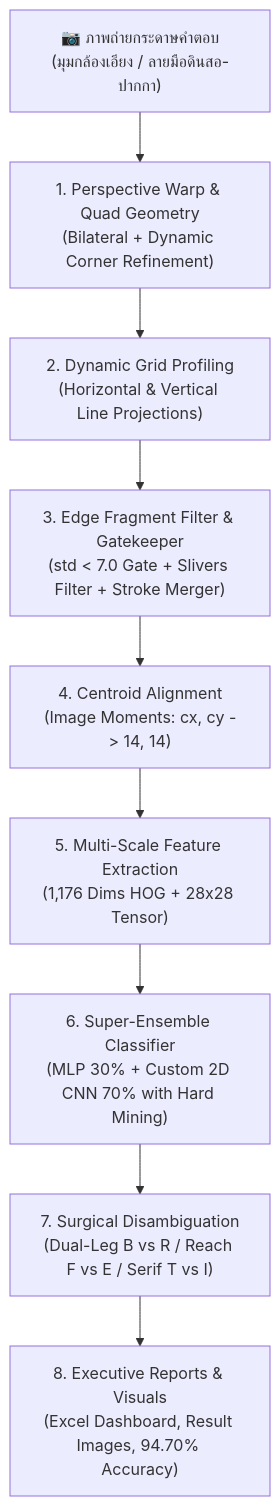
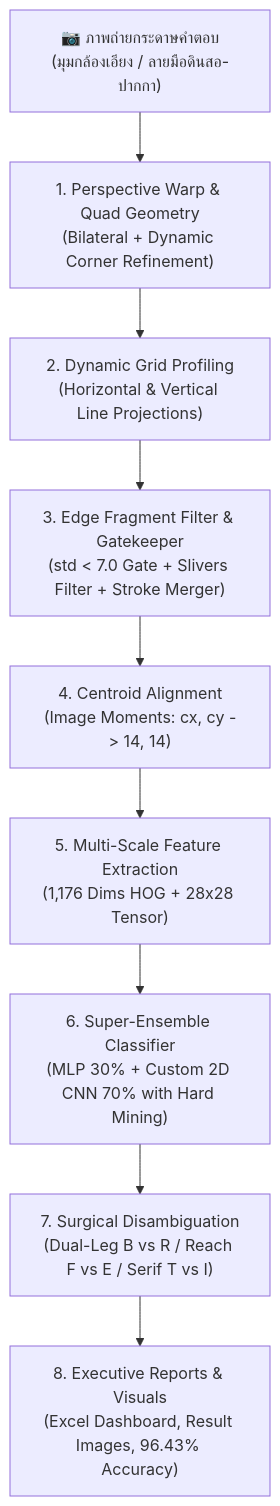
The diagram in README.md (67160213-ux/Project_CV), drawn with Mermaid before and after one commit. The commit also changed other lines of this file and 23 other files, not shown here.

````diff
--- a/README.md
+++ b/README.md
@@ -73,11 +73,11 @@
 ```mermaid
 graph TD
     A["📷 ภาพถ่ายกระดาษคำตอบ<br/>(มุมกล้องเอียง / ลายมือดินสอ-ปากกา)"] --> B["1. Perspective Warp & Quad Geometry<br/>(Bilateral + Dynamic Corner Refinement)"]
     B --> C["2. Dynamic Grid Profiling<br/>(Horizontal & Vertical Line Projections)"]
     C --> D["3. Edge Fragment Filter & Gatekeeper<br/>(std < 7.0 Gate + Slivers Filter + Stroke Merger)"]
     D --> E["4. Centroid Alignment<br/>(Image Moments: cx, cy -> 14, 14)"]
     E --> F["5. Multi-Scale Feature Extraction<br/>(1,176 Dims HOG + 28x28 Tensor)"]
     F --> G["6. Super-Ensemble Classifier<br/>(MLP 30% + Custom 2D CNN 70% with Hard Mining)"]
     G --> H["7. Surgical Disambiguation<br/>(Dual-Leg B vs R / Reach F vs E / Serif T vs I)"]
-    H --> I["8. Executive Reports & Visuals<br/>(Excel Dashboard, Result Images, 94.70% Accuracy)"]
+    H --> I["8. Executive Reports & Visuals<br/>(Excel Dashboard, Result Images, 96.43% Accuracy)"]
 ```
````
